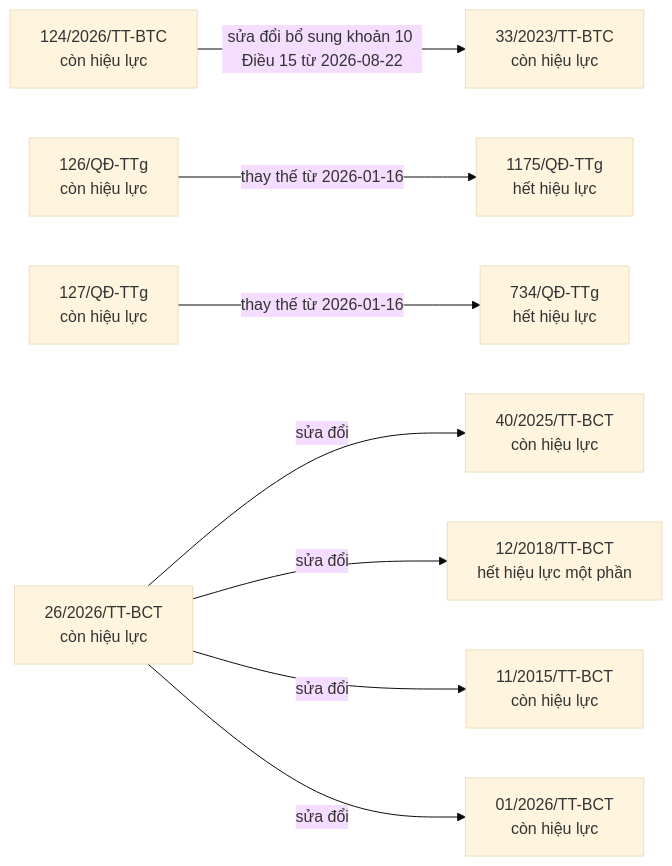
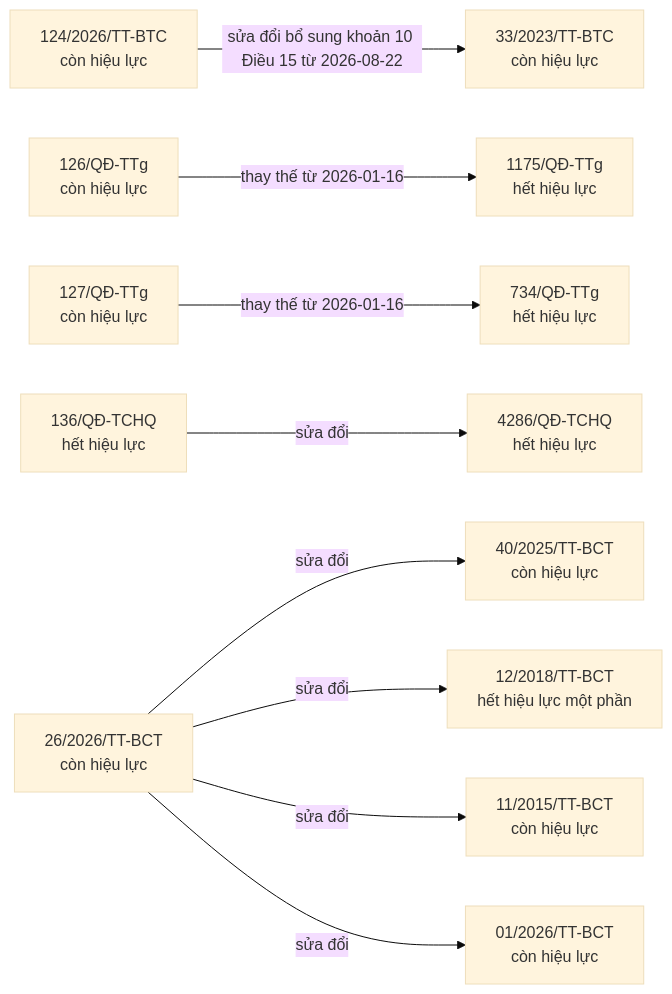
Before and after one commit to ozvietnam/oz-wiki-plhq: the ninth of 9 diagrams in bao-cao/quan-he.md, drawn with Mermaid (base theme). The commit also changed other lines of this file and 8 other files, not shown here.

````diff
--- a/bao-cao/quan-he.md
+++ b/bao-cao/quan-he.md
@@ -862,21 +868,24 @@
 ```mermaid
 flowchart LR
   n_124_2026_TT_BTC["124/2026/TT-BTC<br/>còn hiệu lực"]
   n_33_2023_TT_BTC["33/2023/TT-BTC<br/>còn hiệu lực"]
   n_126_Q__TTg["126/QĐ-TTg<br/>còn hiệu lực"]
   n_1175_Q__TTg["1175/QĐ-TTg<br/>hết hiệu lực"]
   n_127_Q__TTg["127/QĐ-TTg<br/>còn hiệu lực"]
   n_734_Q__TTg["734/QĐ-TTg<br/>hết hiệu lực"]
+  n_136_Q__TCHQ["136/QĐ-TCHQ<br/>hết hiệu lực"]
+  n_4286_Q__TCHQ["4286/QĐ-TCHQ<br/>hết hiệu lực"]
   n_26_2026_TT_BCT["26/2026/TT-BCT<br/>còn hiệu lực"]
   n_40_2025_TT_BCT["40/2025/TT-BCT<br/>còn hiệu lực"]
   n_12_2018_TT_BCT["12/2018/TT-BCT<br/>hết hiệu lực một phần"]
   n_11_2015_TT_BCT["11/2015/TT-BCT<br/>còn hiệu lực"]
   n_01_2026_TT_BCT["01/2026/TT-BCT<br/>còn hiệu lực"]
   n_124_2026_TT_BTC -->|sửa đổi bổ sung khoản 10 Điều 15 từ 2026-08-22| n_33_2023_TT_BTC
   n_126_Q__TTg -->|thay thế từ 2026-01-16| n_1175_Q__TTg
   n_127_Q__TTg -->|thay thế từ 2026-01-16| n_734_Q__TTg
+  n_136_Q__TCHQ -->|sửa đổi| n_4286_Q__TCHQ
   n_26_2026_TT_BCT -->|sửa đổi| n_40_2025_TT_BCT
   n_26_2026_TT_BCT -->|sửa đổi| n_12_2018_TT_BCT
   n_26_2026_TT_BCT -->|sửa đổi| n_11_2015_TT_BCT
   n_26_2026_TT_BCT -->|sửa đổi| n_01_2026_TT_BCT
 ```
````
